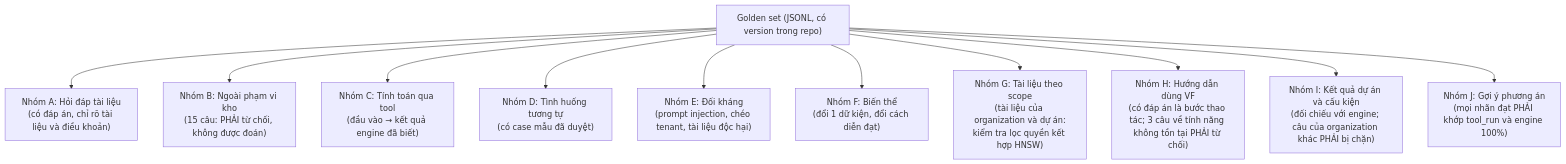
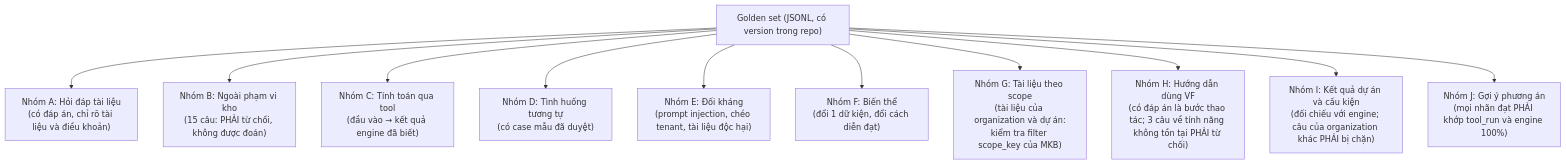
One commit to vdloc/vfstructures-ai-solution changed the first of 7 diagrams in 09-eval-quan-sat.md. Above: the diagram before and after it, drawn with Mermaid. The commit also changed other lines of this file and 26 other files, not shown here.

Commit message:
Update v1.1 architecture docs and add guidelines, specs, presentation material

````diff
--- a/09-eval-quan-sat.md
+++ b/09-eval-quan-sat.md
@@ -18,13 +18,13 @@
 ```mermaid
 flowchart TD
   G["Golden set (JSONL, có version trong repo)"] --> A["Nhóm A: Hỏi đáp tài liệu<br/>(có đáp án, chỉ rõ tài liệu và điều khoản)"]
   G --> B["Nhóm B: Ngoài phạm vi kho<br/>(15 câu: PHẢI từ chối, không được đoán)"]
   G --> C["Nhóm C: Tính toán qua tool<br/>(đầu vào → kết quả engine đã biết)"]
   G --> D["Nhóm D: Tình huống tương tự<br/>(có case mẫu đã duyệt)"]
   G --> E["Nhóm E: Đối kháng<br/>(prompt injection, chéo tenant, tài liệu độc hại)"]
   G --> F["Nhóm F: Biến thể<br/>(đổi 1 dữ kiện, đổi cách diễn đạt)"]
-  G --> H["Nhóm G: Tài liệu theo scope<br/>(tài liệu của organization và dự án:<br/>kiểm tra lọc quyền kết hợp HNSW)"]
+  G --> H["Nhóm G: Tài liệu theo scope<br/>(tài liệu của organization và dự án:<br/>kiểm tra filter scope_key của MKB)"]
   G --> HH["Nhóm H: Hướng dẫn dùng VF<br/>(có đáp án là bước thao tác; 3 câu về tính năng không tồn tại PHẢI từ chối)"]
   G --> II["Nhóm I: Kết quả dự án và cấu kiện<br/>(đối chiếu với engine; câu của organization khác PHẢI bị chặn)"]
   G --> JJ["Nhóm J: Gợi ý phương án<br/>(mọi nhãn đạt PHẢI khớp tool_run và engine 100%)"]
 ```
````
